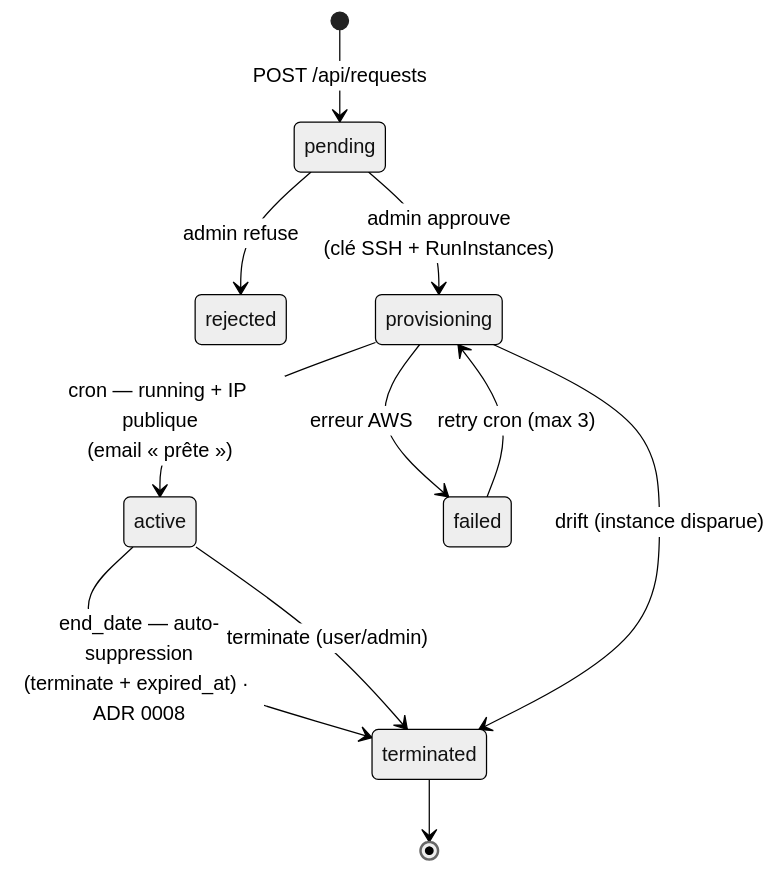
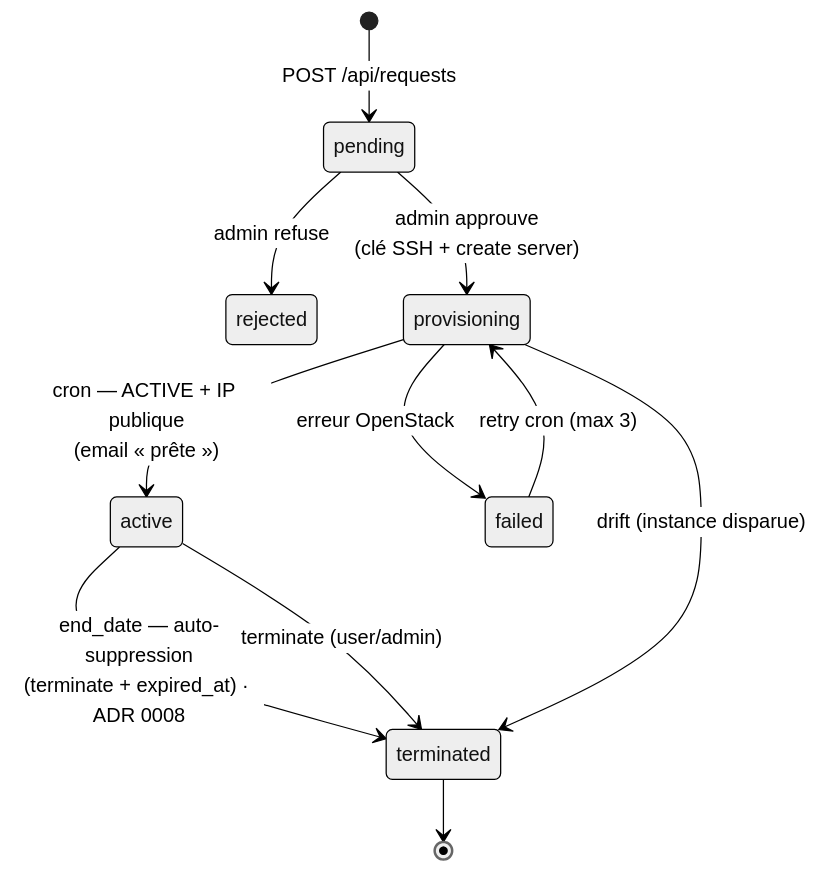
The third of 5 diagrams in docs/ARCHITECTURE.md (Thomas-TP/GIT-VM-OpenStack), drawn with Mermaid (neutral theme) before and after one commit. The commit also changed other lines of this file and 23 other files, not shown here.

First line of the commit message:
docs+scripts: adapt docs and helper scripts to OpenStack

````diff
--- a/docs/ARCHITECTURE.md
+++ b/docs/ARCHITECTURE.md
@@ -74,13 +74,13 @@
 ```mermaid
 stateDiagram-v2
     [*] --> pending: POST /api/requests
     pending --> rejected: admin refuse
-    pending --> provisioning: admin approuve<br/>(clé SSH + RunInstances)
-    provisioning --> active: cron — running + IP publique<br/>(email « prête »)
-    provisioning --> failed: erreur AWS
+    pending --> provisioning: admin approuve<br/>(clé SSH + create server)
+    provisioning --> active: cron — ACTIVE + IP publique<br/>(email « prête »)
+    provisioning --> failed: erreur OpenStack
     failed --> provisioning: retry cron (max 3)
     active --> terminated: end_date — auto-suppression<br/>(terminate + expired_at) · ADR 0008
     active --> terminated: terminate (user/admin)
     provisioning --> terminated: drift (instance disparue)
     terminated --> [*]
 ```
````
